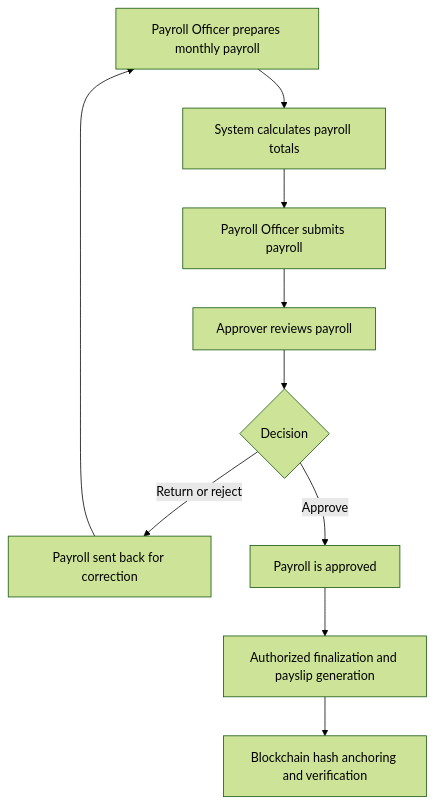
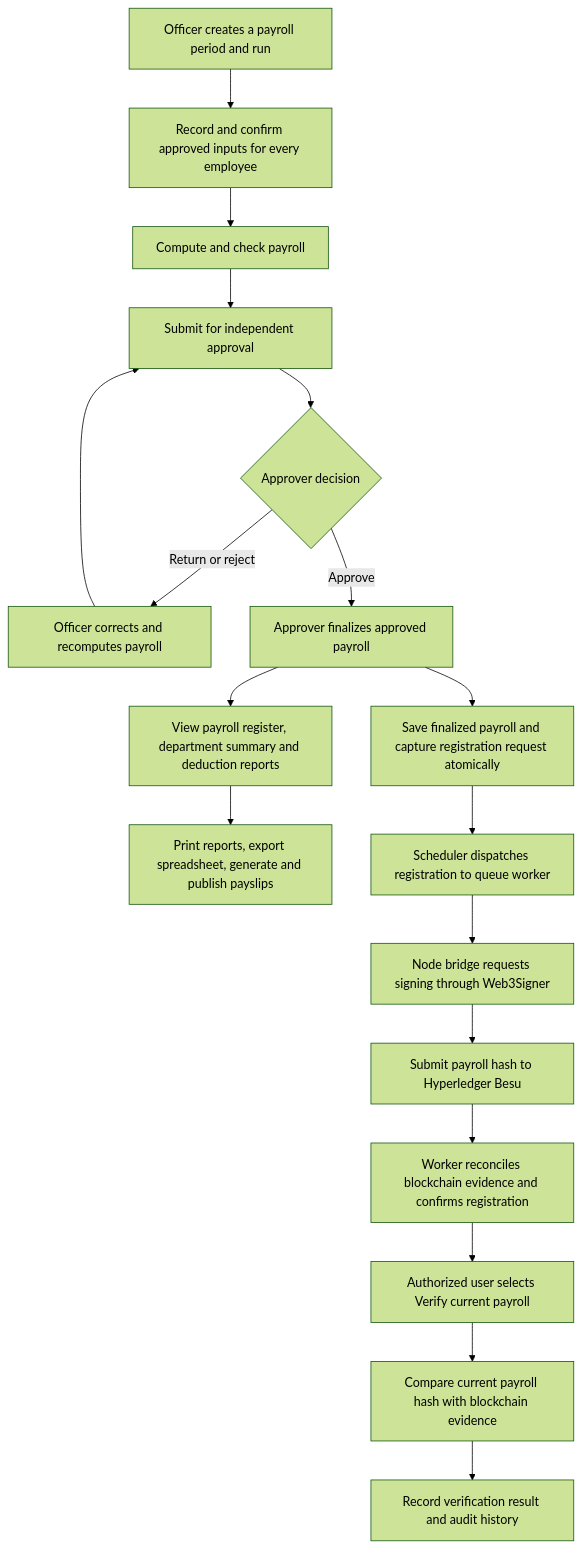
Before and after one commit to rjf0x/lgu-payroll-system: the second of 2 diagrams in docs/use-case-diagram.md, drawn with Mermaid (forest theme). The commit also changed other lines of this file and 4 other files, not shown here.

Commit message:
Update system documentation to reflect implemented payroll application

````diff
--- a/docs/use-case-diagram.md
+++ b/docs/use-case-diagram.md
@@ -64,12 +80,20 @@
 ```mermaid
 flowchart TD
-    A[Payroll Officer prepares monthly payroll] --> B[System calculates payroll totals]
-    B --> C[Payroll Officer submits payroll]
-    C --> D[Approver reviews payroll]
-    D --> E{Decision}
-    E -->|Return or reject| F[Payroll sent back for correction]
-    F --> A
-    E -->|Approve| G[Payroll is approved]
-    G --> H[Authorized finalization and payslip generation]
-    H --> I[Blockchain hash anchoring and verification]
+    A["Officer creates a payroll period and run"] --> B["Record and confirm approved inputs for every employee"]
+    B --> C["Compute and check payroll"]
+    C --> D["Submit for independent approval"]
+    D --> E{"Approver decision"}
+    E -->|"Return or reject"| F["Officer corrects and recomputes payroll"]
+    F --> D
+    E -->|"Approve"| G["Approver finalizes approved payroll"]
+    G --> H["Save finalized payroll and capture registration request atomically"]
+    G --> R["View payroll register, department summary and deduction reports"]
+    R --> P["Print reports, export spreadsheet, generate and publish payslips"]
+    H --> I["Scheduler dispatches registration to queue worker"]
+    I --> J["Node bridge requests signing through Web3Signer"]
+    J --> K["Submit payroll hash to Hyperledger Besu"]
+    K --> L["Worker reconciles blockchain evidence and confirms registration"]
+    L --> M["Authorized user selects Verify current payroll"]
+    M --> N["Compare current payroll hash with blockchain evidence"]
+    N --> O["Record verification result and audit history"]
 ```
````
